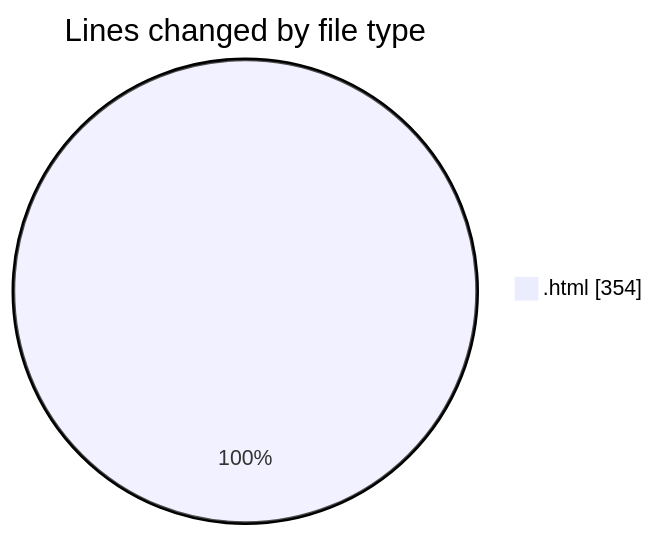
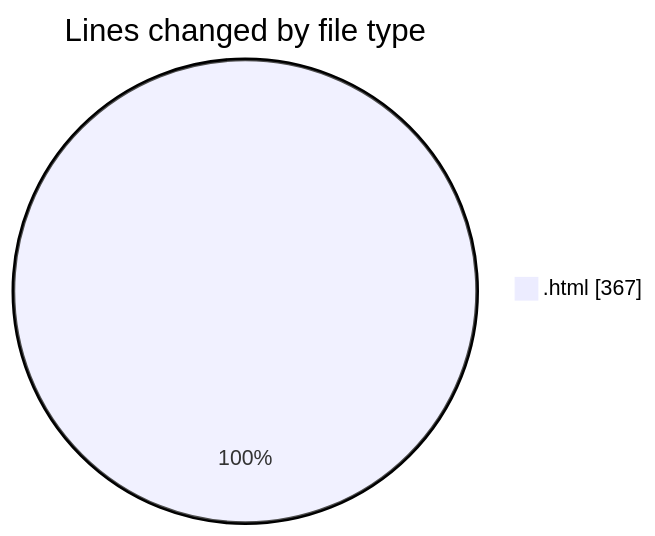
Before and after one commit to LanceThiago/code-tracking: the first of 2 diagrams in 2025-01-10/nueva_carpeta/README.md, drawn with Mermaid. The commit also changed other lines of this file and 1 other file, not shown here.

````diff
--- a/2025-01-10/nueva_carpeta/README.md
+++ b/2025-01-10/nueva_carpeta/README.md
@@ -20,5 +20,5 @@
 ```mermaid
 pie showData
 title Lines changed by file type
-".html" : 354
+".html" : 367
 ```
````
